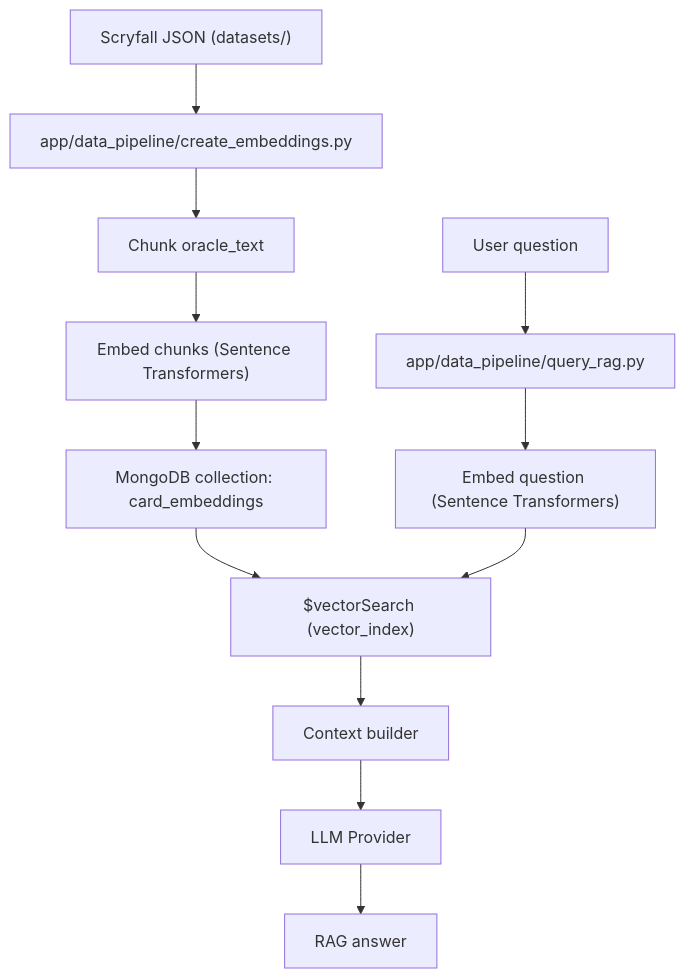
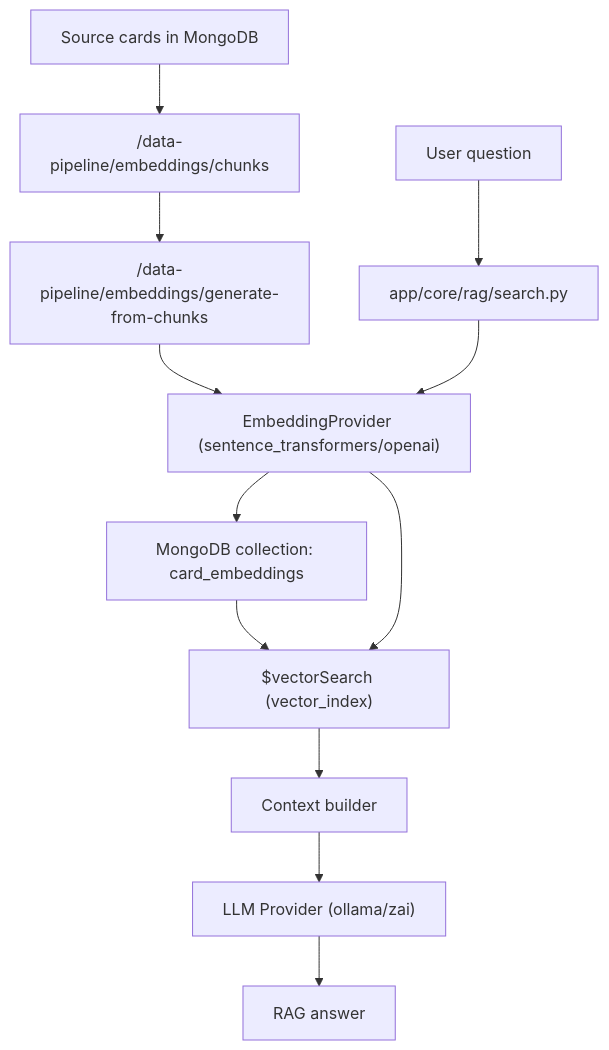
Before and after one commit to timrodz/cards-oracle: the diagram in apps/backend/docs/rag-search.md, drawn with Mermaid. The commit also changed other lines of this file and 20 other files, not shown here.

Commit message:
feat(backend): add provider-agnostic embeddings with openai support

````diff
--- a/apps/backend/docs/rag-search.md
+++ b/apps/backend/docs/rag-search.md
@@ -9,14 +7,14 @@
 ```mermaid
 flowchart TD
-    A["Scryfall JSON (datasets/)"] --> B["app/data_pipeline/create_embeddings.py"]
-    B --> C["Chunk oracle_text"]
-    C --> D["Embed chunks (Sentence Transformers)"]
+    A["Source cards in MongoDB"] --> B["/data-pipeline/embeddings/chunks"]
+    B --> C["/data-pipeline/embeddings/generate-from-chunks"]
+    C --> D["EmbeddingProvider (sentence_transformers/openai)"]
     D --> E["MongoDB collection: card_embeddings"]
     E --> F["$vectorSearch (vector_index)"]
-    G["User question"] --> H["app/data_pipeline/query_rag.py"]
-    H --> I["Embed question (Sentence Transformers)"]
-    I --> F
-    F --> J["Context builder"]
-    J --> K["LLM Provider"]
-    K --> L["RAG answer"]
+    G["User question"] --> H["app/core/rag/search.py"]
+    H --> D
+    D --> F
+    F --> I["Context builder"]
+    I --> J["LLM Provider (ollama/zai)"]
+    J --> K["RAG answer"]
 ```
````
